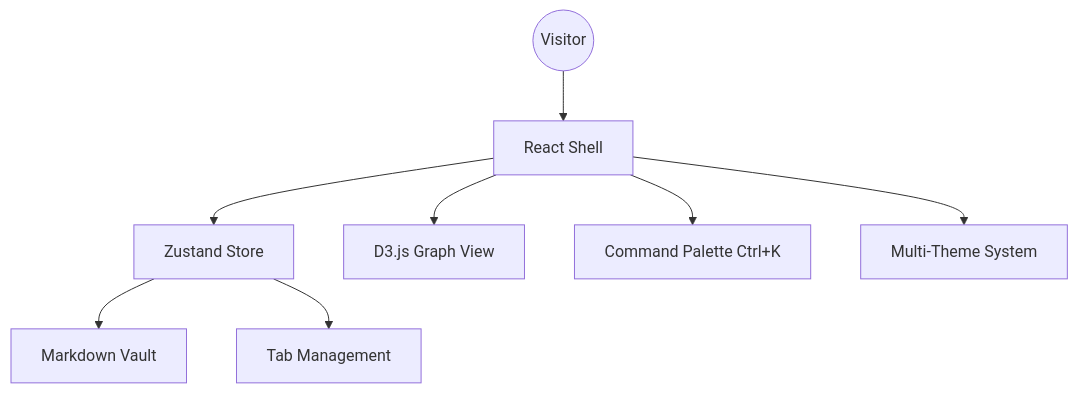
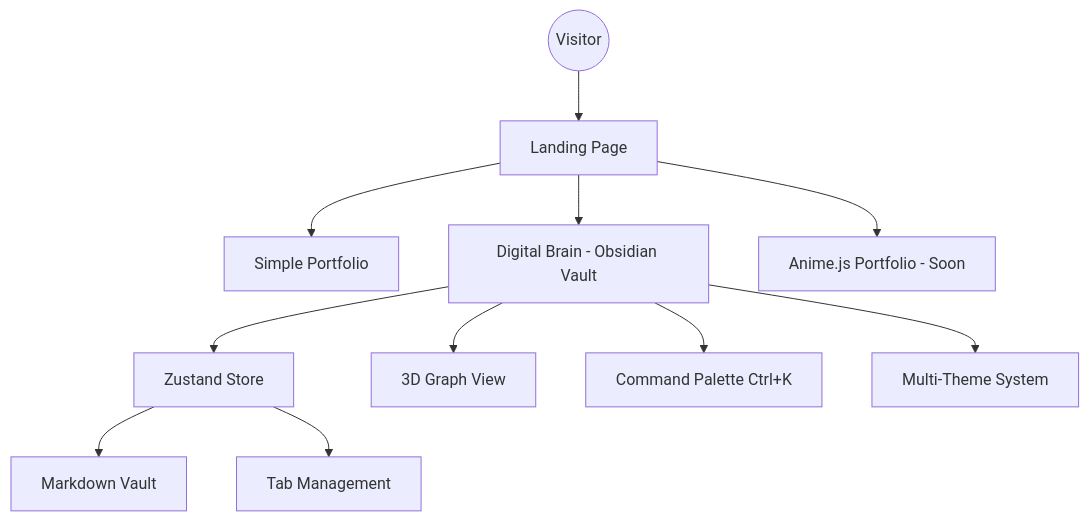
Before and after one commit to DeepShah1406/DeepShah1406.github.io: the first of 2 diagrams in README.md, drawn with Mermaid. The commit also changed other lines of this file, not shown here.

Commit message:
docs: update README to reflect dual-portal architecture

````diff
--- a/README.md
+++ b/README.md
@@ -8,10 +22,13 @@
 ```mermaid
 graph TD
-    User((Visitor)) --> UI[React Shell]
-    UI --> Store[Zustand Store]
-    Store --> Vault[Markdown Vault]
+    User((Visitor)) --> Landing[Landing Page]
+    Landing --> Simple[Simple Portfolio]
+    Landing --> Vault[Digital Brain - Obsidian Vault]
+    Landing --> Anime[Anime.js Portfolio - Soon]
+    Vault --> Store[Zustand Store]
+    Store --> MD[Markdown Vault]
     Store --> Tabs[Tab Management]
-    UI --> Graph[D3.js Graph View]
-    UI --> Palette[Command Palette Ctrl+K]
-    UI --> Theme[Multi-Theme System]
+    Vault --> Graph[3D Graph View]
+    Vault --> Palette[Command Palette Ctrl+K]
+    Vault --> Theme[Multi-Theme System]
 ```
````
